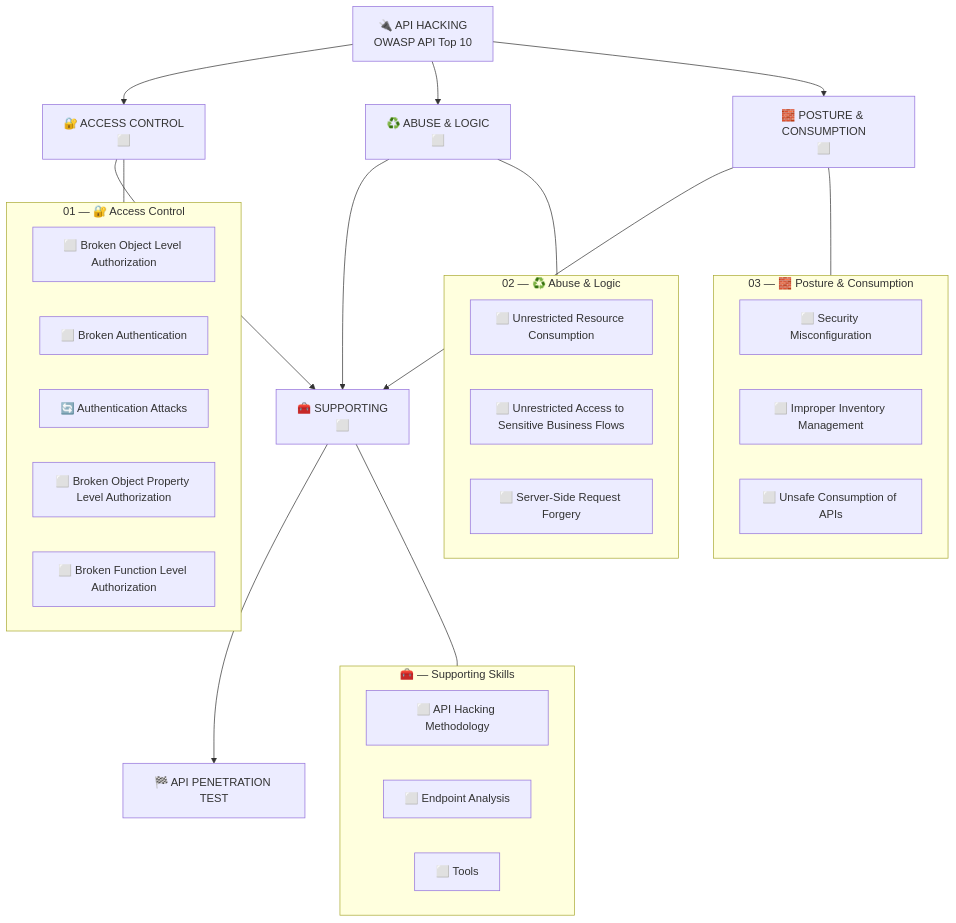
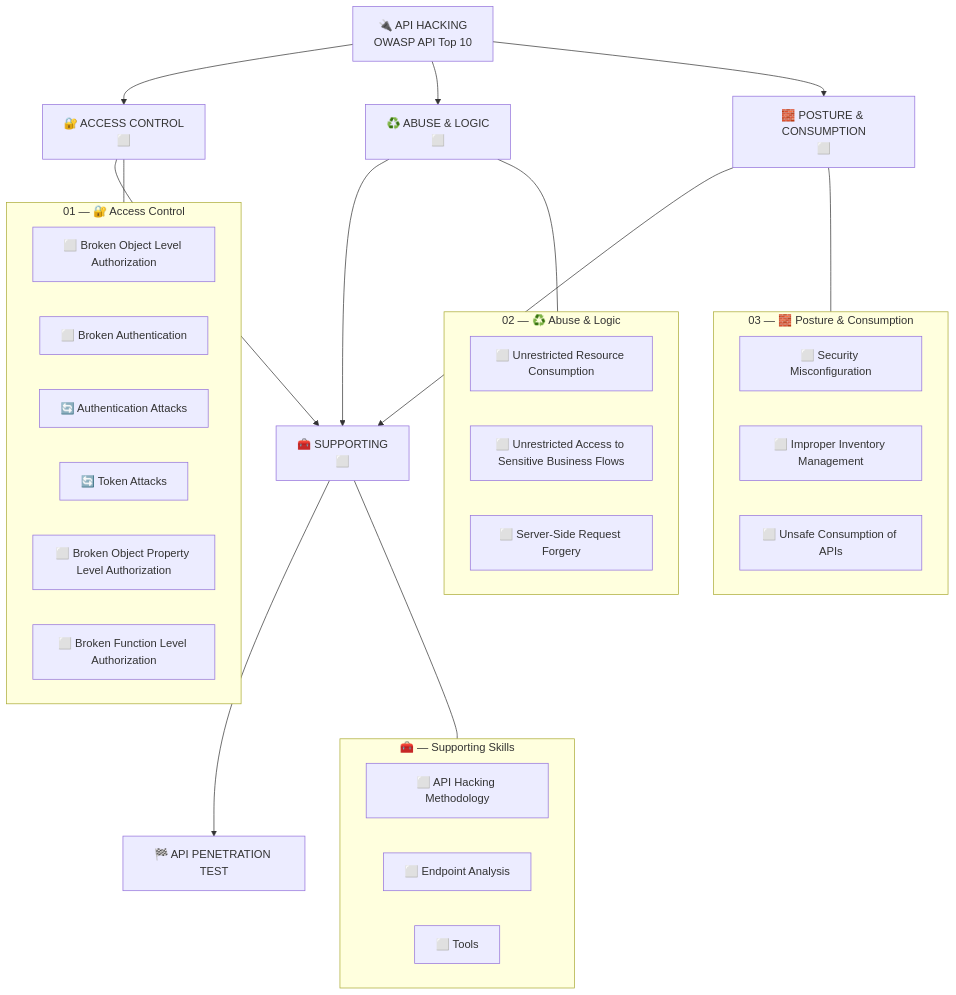
One commit to romeo-mhakayakora/API-Hacking changed the diagram in README.md. Above: the diagram before and after it, drawn with Mermaid. The commit also changed other lines of this file and 3 other files, not shown here.

Commit message:
Split token attacks into own file beside credential attacks

````diff
--- a/README.md
+++ b/README.md
@@ -15,55 +15,57 @@
 ```mermaid
 flowchart TB
     API["🔌 API HACKING<br/>OWASP API Top 10"]
     D1["🔐 ACCESS CONTROL<br/>⬜"]
     D2["♻️ ABUSE & LOGIC<br/>⬜"]
     D3["🧱 POSTURE & CONSUMPTION<br/>⬜"]
     SUP["🧰 SUPPORTING<br/>⬜"]
     PENT["🏁 API PENETRATION TEST"]
 
     API --> D1 & D2 & D3
     D1 & D2 & D3 --> SUP --> PENT
 
     subgraph 01_ACCESS_CONTROL ["01 — 🔐 Access Control"]
         BOLA["⬜ Broken Object Level Authorization"]
         AUTH["⬜ Broken Authentication"]
         CRED["🔄 Authentication Attacks"]
+        TOK["🔄 Token Attacks"]
         BOPLA["⬜ Broken Object Property Level Authorization"]
         BFLA["⬜ Broken Function Level Authorization"]
     end
     subgraph 02_ABUSE_LOGIC ["02 — ♻️ Abuse & Logic"]
         RES["⬜ Unrestricted Resource Consumption"]
         FLOW["⬜ Unrestricted Access to Sensitive Business Flows"]
         SSRF["⬜ Server-Side Request Forgery"]
     end
     subgraph 03_POSTURE_CONSUMPTION ["03 — 🧱 Posture & Consumption"]
         MIS["⬜ Security Misconfiguration"]
         INV["⬜ Improper Inventory Management"]
         CON["⬜ Unsafe Consumption of APIs"]
     end
     subgraph SUPPORTING ["🧰 — Supporting Skills"]
         MET["⬜ API Hacking Methodology"]
         EPA["⬜ Endpoint Analysis"]
         TLS["⬜ Tools"]
     end
 
     D1 --- 01_ACCESS_CONTROL
     D2 --- 02_ABUSE_LOGIC
     D3 --- 03_POSTURE_CONSUMPTION
     SUP --- SUPPORTING
 
     click BOLA href "./01-access-control/bola.md"
     click AUTH href "./01-access-control/broken-authentication.md"
     click CRED href "./01-access-control/authentication-attacks.md"
+    click TOK href "./01-access-control/token-attacks.md"
     click BOPLA href "./01-access-control/bopla.md"
     click BFLA href "./01-access-control/bfla.md"
     click RES href "./02-abuse-logic/unrestricted-resource-consumption.md"
     click FLOW href "./02-abuse-logic/unrestricted-business-flow.md"
     click SSRF href "./02-abuse-logic/ssrf.md"
     click MIS href "./03-posture-consumption/security-misconfiguration.md"
     click INV href "./03-posture-consumption/improper-inventory-management.md"
     click CON href "./03-posture-consumption/unsafe-api-consumption.md"
     click MET href "./supporting/01-api-methodology.md"
     click EPA href "./supporting/02-api-endpoint-analysis.md"
     click TLS href "./supporting/03-tools.md"
 ```
````
